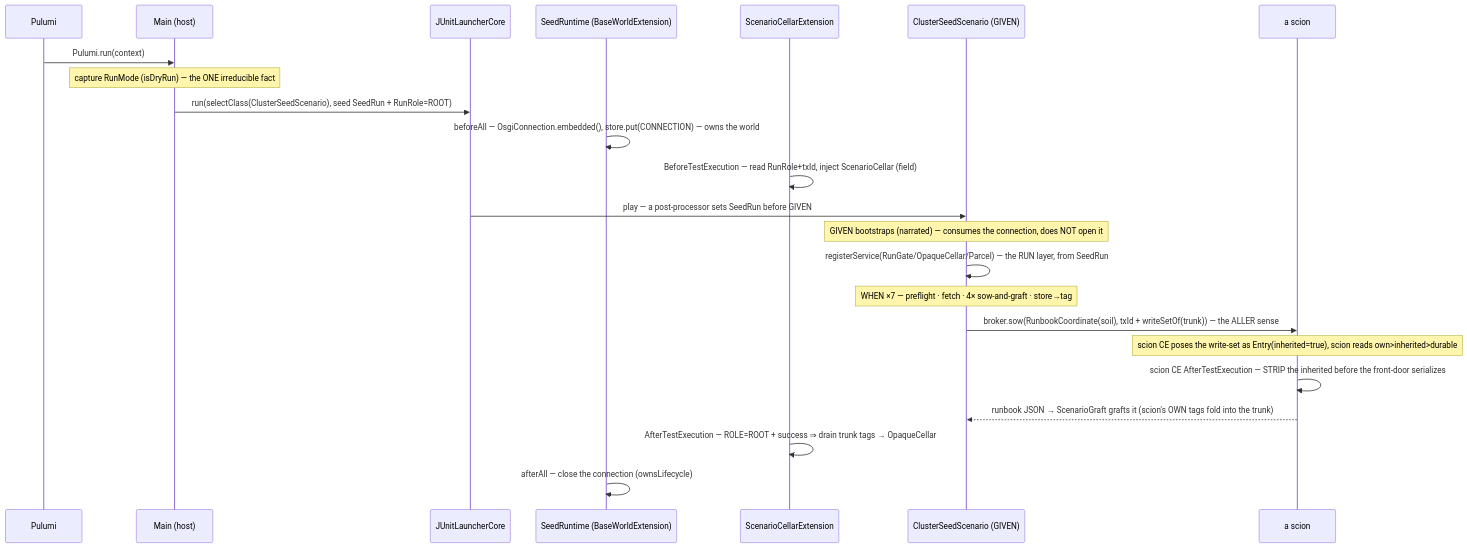
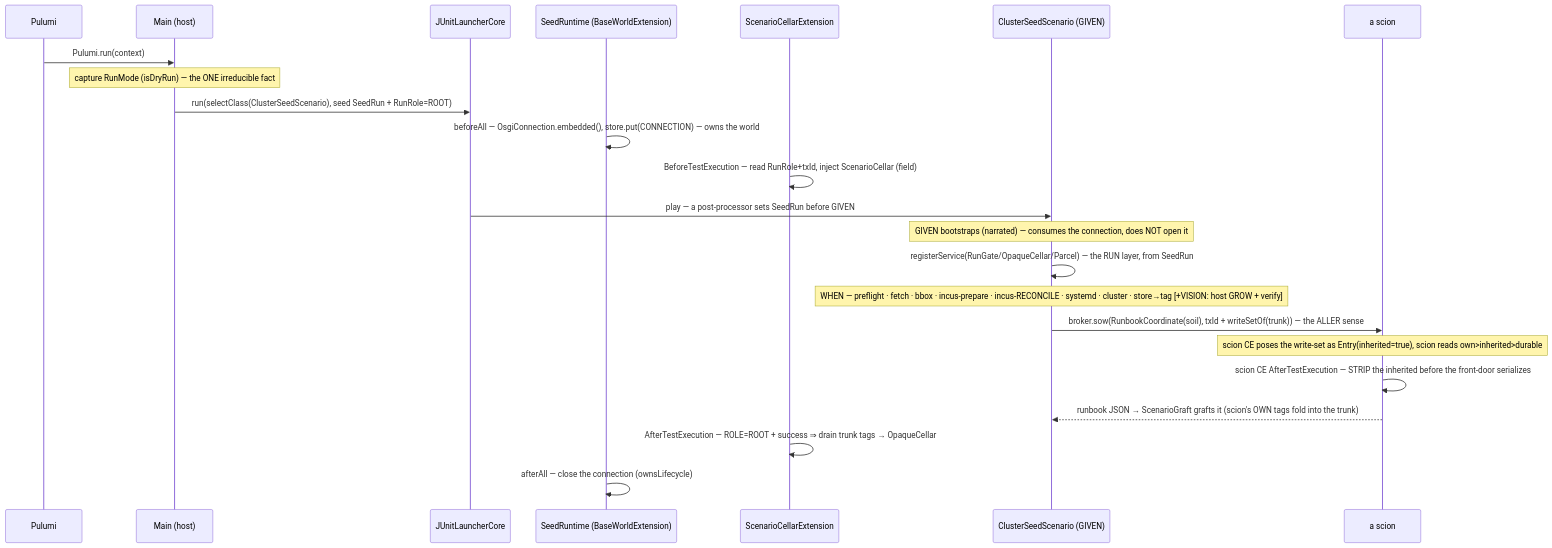
Before and after one commit to nxmatic/rke2lab: the third of 7 diagrams in docs/architecture/atlas/seed.adoc, drawn with Mermaid. The commit also changed 23 other files, not shown here.

First line of the commit message:
docs: align the whole doc tree on the codebase + the GROW/cellar vision

```diff
--- a/docs/architecture/atlas/seed.adoc
+++ b/docs/architecture/atlas/seed.adoc
@@ -294,27 +294,27 @@
 [mermaid]
 ----
 sequenceDiagram
   participant P as Pulumi
   participant M as Main (host)
   participant L as JUnitLauncherCore
   participant WE as SeedRuntime (BaseWorldExtension)
   participant CE as ScenarioCellarExtension
   participant S as ClusterSeedScenario (GIVEN)
   participant Sc as a scion
 
   P->>M: Pulumi.run(context)
   Note over M: capture RunMode (isDryRun) — the ONE irreducible fact
   M->>L: run(selectClass(ClusterSeedScenario), seed SeedRun + RunRole=ROOT)
   WE->>WE: beforeAll — OsgiConnection.embedded(), store.put(CONNECTION) — owns the world
   CE->>CE: BeforeTestExecution — read RunRole+txId, inject ScenarioCellar (field)
   L->>S: play — a post-processor sets SeedRun before GIVEN
   Note over S: GIVEN bootstraps (narrated) — consumes the connection, does NOT open it
   S->>S: registerService(RunGate/OpaqueCellar/Parcel) — the RUN layer, from SeedRun
-  Note over S: WHEN ×7 — preflight · fetch · 4× sow-and-graft · store→tag
+  Note over S: WHEN — preflight · fetch · bbox · incus-prepare · incus-RECONCILE · systemd · cluster · store→tag [+VISION: host GROW + verify]
   S->>Sc: broker.sow(RunbookCoordinate(soil), txId + writeSetOf(trunk)) — the ALLER sense
   Note over Sc: scion CE poses the write-set as Entry(inherited=true), scion reads own>inherited>durable
   Sc->>Sc: scion CE AfterTestExecution — STRIP the inherited before the front-door serializes
   Sc-->>S: runbook JSON → ScenarioGraft grafts it (scion's OWN tags fold into the trunk)
   CE->>CE: AfterTestExecution — ROLE=ROOT + success ⇒ drain trunk tags → OpaqueCellar
   WE->>WE: afterAll — close the connection (ownsLifecycle)
 ----
```
